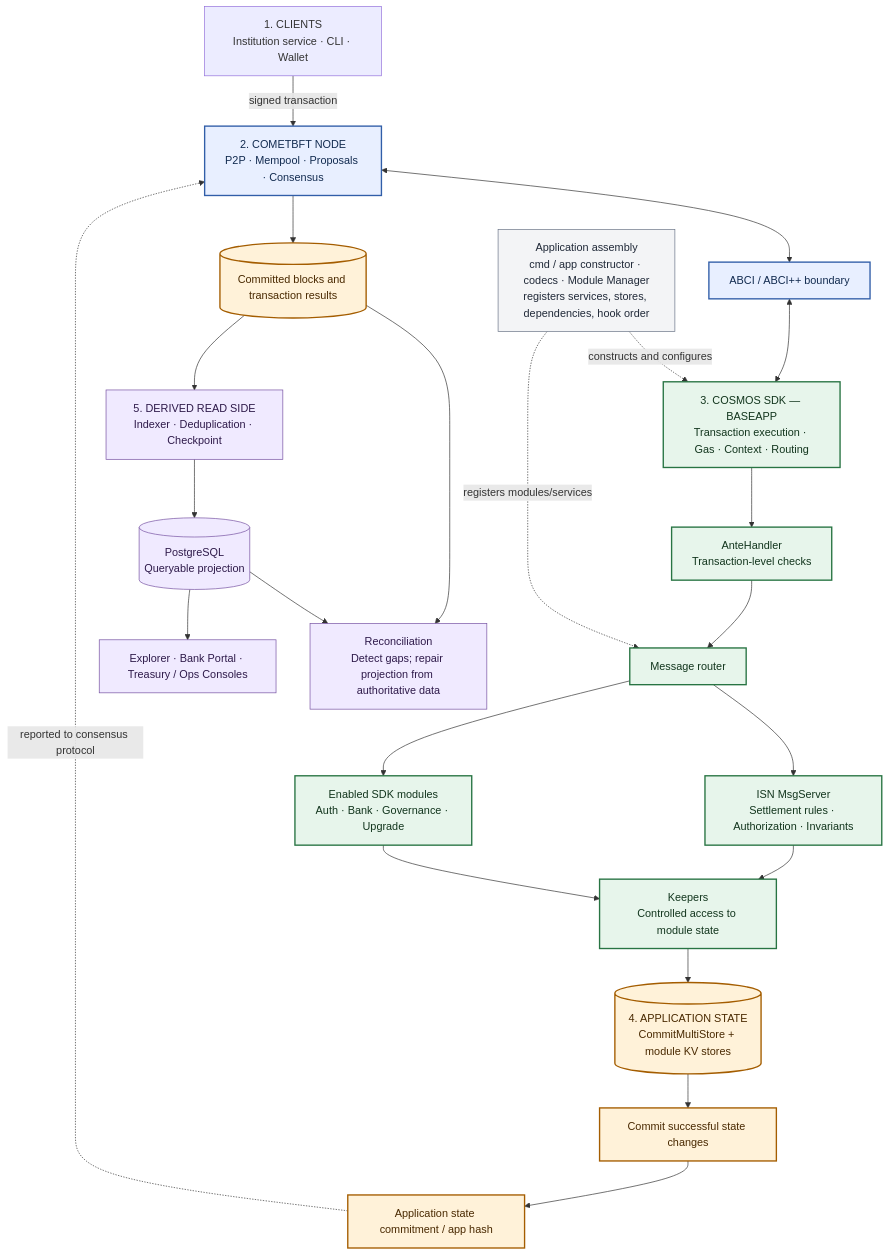
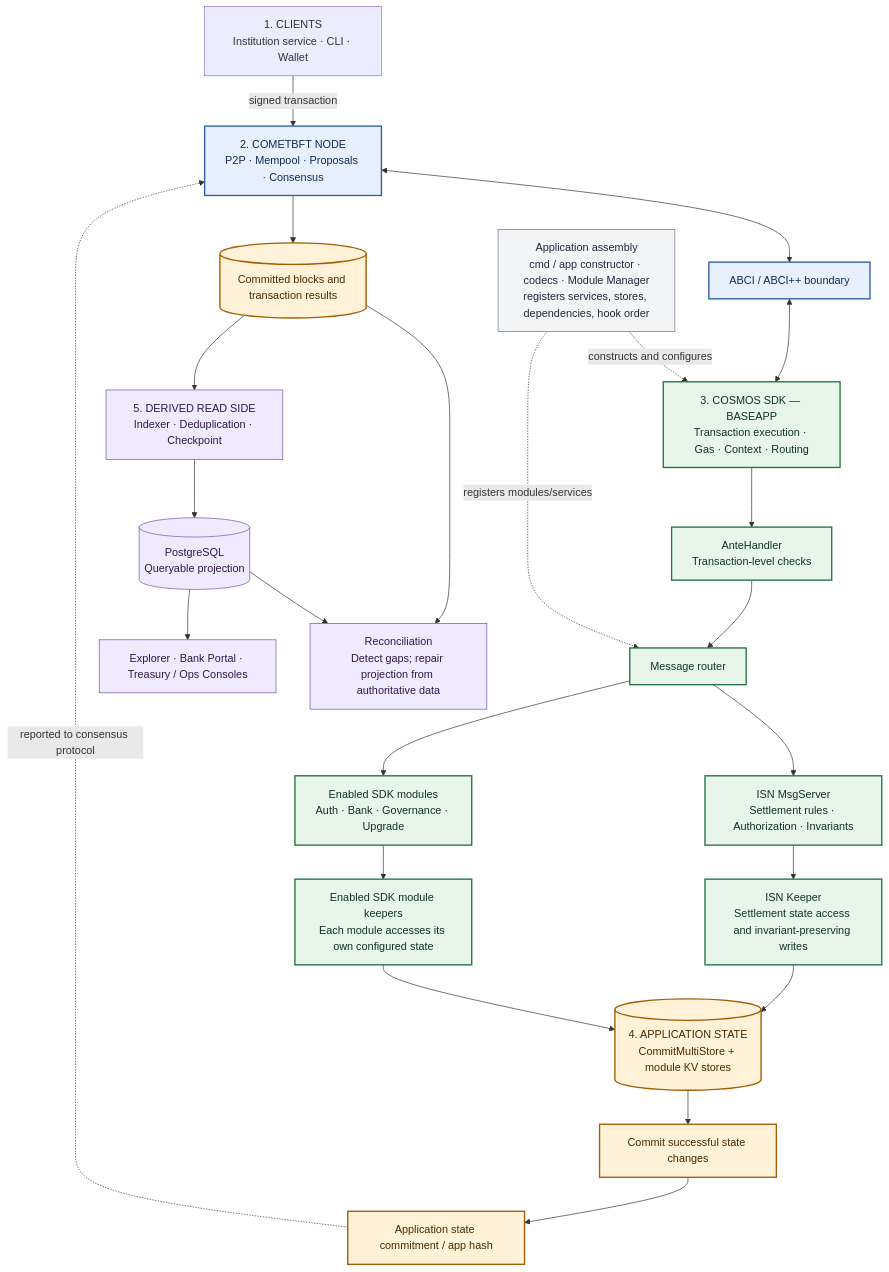
The first of 3 diagrams in docs/diagrams/MODULE-05-diagram-preview.md (hari-devloper/cosmos-learning-lab), drawn with Mermaid before and after one commit.

Commit message:
Keep rendered preview aligned with module keeper ownership

````diff
--- a/docs/diagrams/MODULE-05-diagram-preview.md
+++ b/docs/diagrams/MODULE-05-diagram-preview.md
@@ -11,53 +11,56 @@
 ```mermaid
 flowchart TB
   %% COSMOS-ARCH-001 — simplified, transaction-centered component architecture.
   %% Official references:
   %% https://github.com/cosmos/cosmos-sdk-docs/blob/main/docs/learn/beginner/00-app-anatomy.md
   %% https://github.com/cosmos/cosmos-sdk-docs/blob/main/docs/learn/advanced/00-baseapp.md
   %% https://github.com/cosmos/cosmos-sdk-docs/blob/main/docs/learn/advanced/04-store.md
   CLIENT["1. CLIENTS<br/>Institution service · CLI · Wallet"]
   COMET["2. COMETBFT NODE<br/>P2P · Mempool · Proposals · Consensus"]
   ABCI["ABCI / ABCI++ boundary"]
   BASE["3. COSMOS SDK — BASEAPP<br/>Transaction execution · Gas · Context · Routing"]
   ANTE["AnteHandler<br/>Transaction-level checks"]
   ROUTER["Message router"]
   MSG["ISN MsgServer<br/>Settlement rules · Authorization · Invariants"]
   SDKMOD["Enabled SDK modules<br/>Auth · Bank · Governance · Upgrade"]
-  KEEP["Keepers<br/>Controlled access to module state"]
+  ISNKEEP["ISN Keeper<br/>Settlement state access and invariant-preserving writes"]
+  SDKKEEP["Enabled SDK module keepers<br/>Each module accesses its own configured state"]
   STORE[("4. APPLICATION STATE<br/>CommitMultiStore + module KV stores")]
   COMMIT["Commit successful state changes"]
   APPHASH["Application state commitment / app hash"]
   BLOCKS[("Committed blocks and transaction results")]
   INDEXER["5. DERIVED READ SIDE<br/>Indexer · Deduplication · Checkpoint"]
   PG[("PostgreSQL<br/>Queryable projection")]
   UI["Explorer · Bank Portal · Treasury / Ops Consoles"]
   RECON["Reconciliation<br/>Detect gaps; repair projection from authoritative data"]
   WIRING["Application assembly<br/>cmd / app constructor · codecs · Module Manager<br/>registers services, stores, dependencies, hook order"]
 
   CLIENT -->|"signed transaction"| COMET
   COMET <--> ABCI
   ABCI <--> BASE
   BASE --> ANTE --> ROUTER
   ROUTER --> MSG
   ROUTER --> SDKMOD
-  MSG --> KEEP
-  SDKMOD --> KEEP
-  KEEP --> STORE --> COMMIT --> APPHASH
+  MSG --> ISNKEEP
+  SDKMOD --> SDKKEEP
+  ISNKEEP --> STORE
+  SDKKEEP --> STORE
+  STORE --> COMMIT --> APPHASH
   APPHASH -. "reported to consensus protocol" .-> COMET
   COMET --> BLOCKS --> INDEXER --> PG --> UI
   BLOCKS --> RECON
   PG --> RECON
   WIRING -. "constructs and configures" .-> BASE
   WIRING -. "registers modules/services" .-> ROUTER
 
   classDef protocol fill:#e8efff,stroke:#315ea8,color:#122b50,stroke-width:2px;
   classDef application fill:#e7f5eb,stroke:#287443,color:#12351d,stroke-width:2px;
   classDef storage fill:#fff2d9,stroke:#a45d00,color:#492900,stroke-width:2px;
   classDef derived fill:#f0eaff,stroke:#7550a1,color:#2e1a4a;
   classDef assembly fill:#f3f4f6,stroke:#687386,color:#202938;
   class COMET,ABCI protocol;
-  class BASE,ANTE,ROUTER,MSG,SDKMOD,KEEP application;
+  class BASE,ANTE,ROUTER,MSG,SDKMOD,ISNKEEP,SDKKEEP application;
   class STORE,COMMIT,APPHASH,BLOCKS storage;
   class INDEXER,PG,UI,RECON derived;
   class WIRING assembly;
 ```
````
